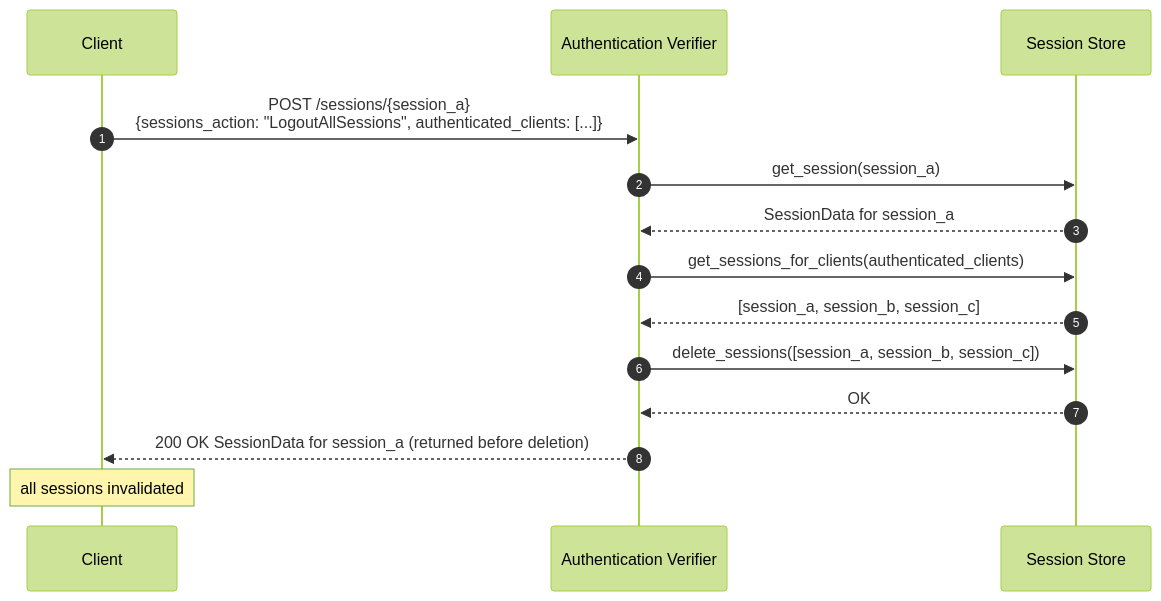
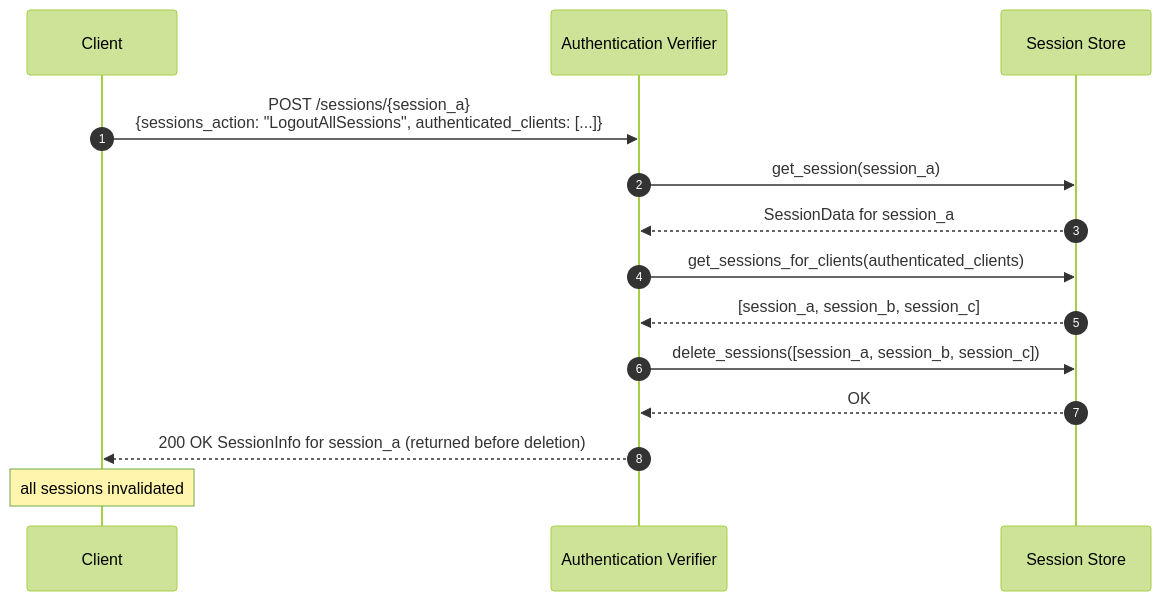
One commit to Cosmian/authentication changed diagram 12 of 13 in server/documentation/docs/authentication_flows.md. Above: the diagram before and after it, drawn with Mermaid (forest theme). The commit also changed other lines of this file and 9 other files, not shown here.

````diff
--- a/server/documentation/docs/authentication_flows.md
+++ b/server/documentation/docs/authentication_flows.md
@@ -546,17 +556,17 @@
 ```mermaid
 sequenceDiagram
     autonumber
     participant U as Client
     participant EA as Authentication Verifier
     participant SS as Session Store
 
     U->>EA: POST /sessions/{session_a}<br/>{sessions_action: "LogoutAllSessions", authenticated_clients: [...]}
     EA->>SS: get_session(session_a)
     SS-->>EA: SessionData for session_a
     EA->>SS: get_sessions_for_clients(authenticated_clients)
     SS-->>EA: [session_a, session_b, session_c]
     EA->>SS: delete_sessions([session_a, session_b, session_c])
     SS-->>EA: OK
-    EA-->>U: 200 OK  SessionData for session_a (returned before deletion)
+    EA-->>U: 200 OK  SessionInfo for session_a (returned before deletion)
     note over U: all sessions invalidated
 ```
````
